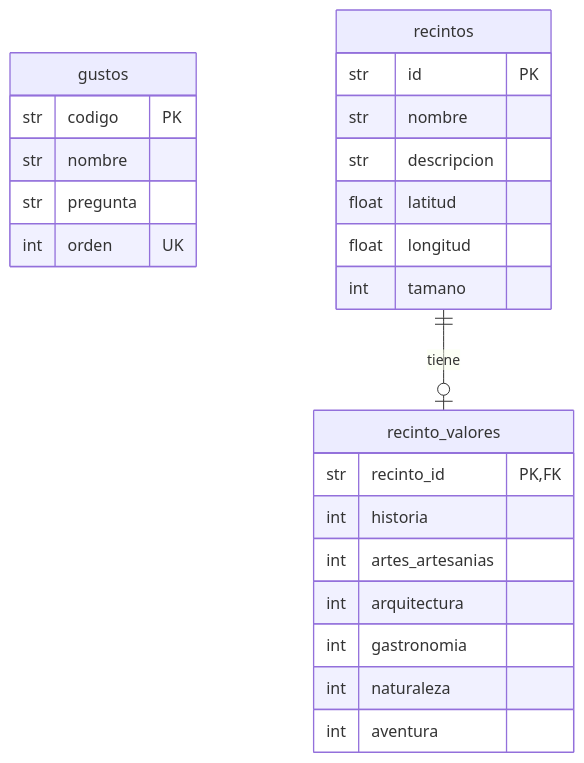
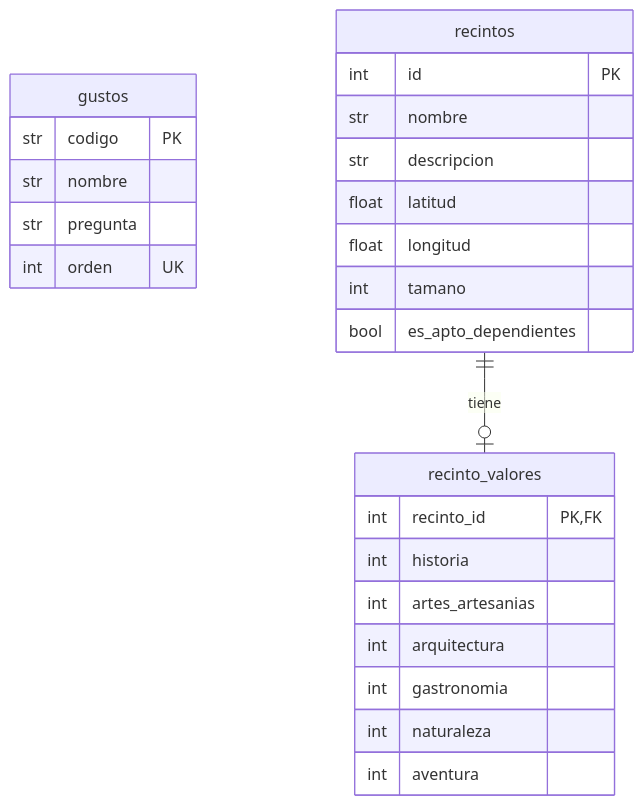
One commit to Isa-alt2000/UNRC-PP-2026B-Turismo changed the diagram in backend/docs/base_datos.md. Above: the diagram before and after it, drawn with Mermaid. The commit also changed other lines of this file and 17 other files, not shown here.

````diff
--- a/backend/docs/base_datos.md
+++ b/backend/docs/base_datos.md
@@ -8,27 +8,28 @@
 ```mermaid
 erDiagram
     gustos {
         str codigo PK
         str nombre
         str pregunta
         int orden UK
     }
     recintos {
-        str id PK
+        int id PK
         str nombre
         str descripcion
         float latitud
         float longitud
         int tamano
+        bool es_apto_dependientes
     }
     recinto_valores {
-        str recinto_id PK, FK
+        int recinto_id PK, FK
         int historia
         int artes_artesanias
         int arquitectura
         int gastronomia
         int naturaleza
         int aventura
     }
     recintos ||--o| recinto_valores : "tiene"
 ```
````
